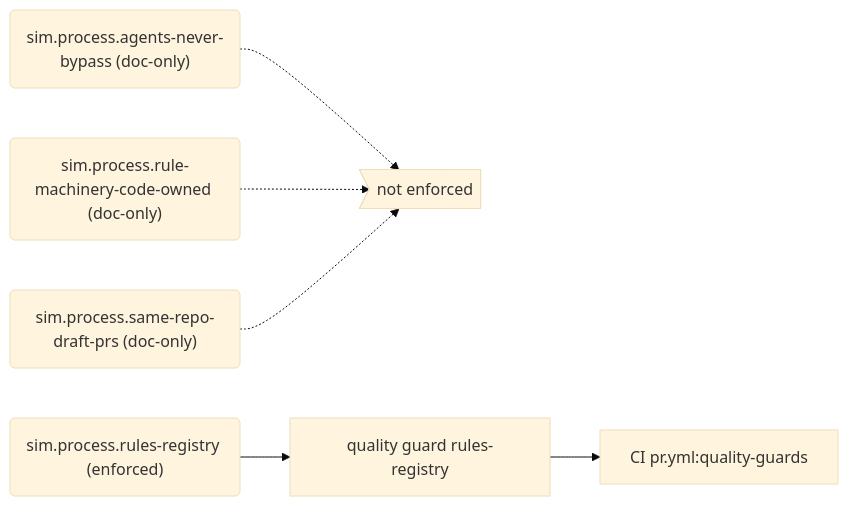
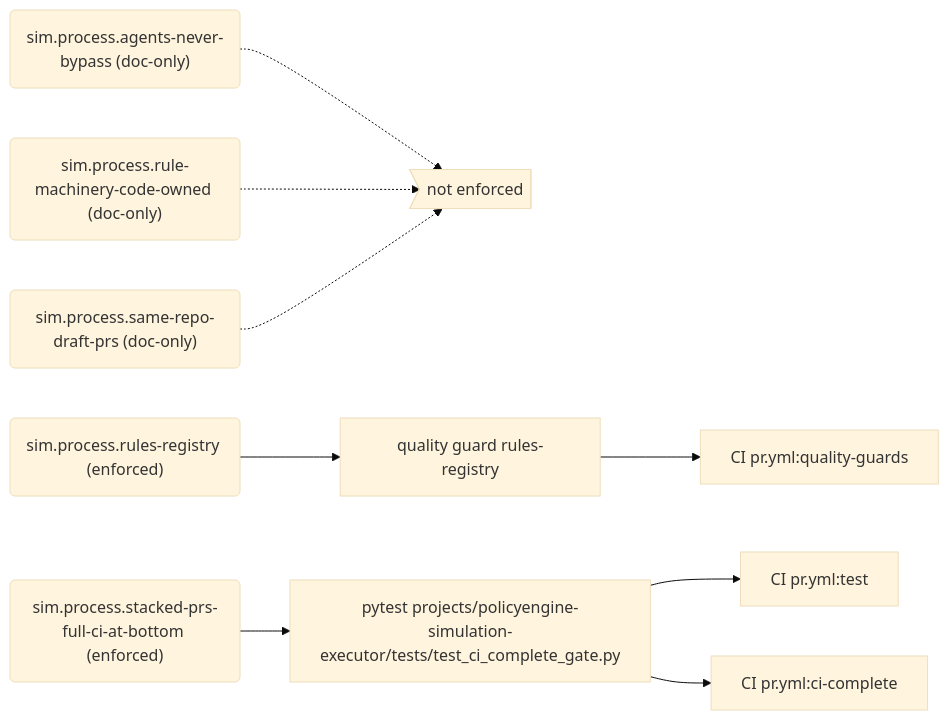
The seventh of 7 diagrams in docs/generated/rules.md (PolicyEngine/policyengine-sim-api), drawn with Mermaid (base theme) before and after one commit. The commit also changed other lines of this file and 6 other files, not shown here.

First line of the commit message:
Gate the quality guards job and register the stacked-PR CI rule

````diff
--- a/docs/generated/rules.md
+++ b/docs/generated/rules.md
@@ -271,15 +272,22 @@
 ```mermaid
 flowchart LR
   r_sim_process_agents_never_bypass("sim.process.agents-never-bypass (doc-only)")
   gap_unenforced>"not enforced"]
   r_sim_process_rule_machinery_code_owned("sim.process.rule-machinery-code-owned (doc-only)")
   r_sim_process_rules_registry("sim.process.rules-registry (enforced)")
   e_quality_guard_rules_registry["quality guard rules-registry"]
   j_CI_pr_yml_quality_guards["CI pr.yml:quality-guards"]
   r_sim_process_same_repo_draft_prs("sim.process.same-repo-draft-prs (doc-only)")
+  r_sim_process_stacked_prs_full_ci_at_bottom("sim.process.stacked-prs-full-ci-at-bottom (enforced)")
+  e_pytest_projects_policyengine_simulation_executor_tests_test_ci_complete_gate_py["pytest projects/policyengine-simulation-executor/tests/test_ci_complete_gate.py"]
+  j_CI_pr_yml_test["CI pr.yml:test"]
+  j_CI_pr_yml_ci_complete["CI pr.yml:ci-complete"]
   r_sim_process_agents_never_bypass -.-> gap_unenforced
   r_sim_process_rule_machinery_code_owned -.-> gap_unenforced
   r_sim_process_rules_registry --> e_quality_guard_rules_registry
   e_quality_guard_rules_registry --> j_CI_pr_yml_quality_guards
   r_sim_process_same_repo_draft_prs -.-> gap_unenforced
+  r_sim_process_stacked_prs_full_ci_at_bottom --> e_pytest_projects_policyengine_simulation_executor_tests_test_ci_complete_gate_py
+  e_pytest_projects_policyengine_simulation_executor_tests_test_ci_complete_gate_py --> j_CI_pr_yml_test
+  e_pytest_projects_policyengine_simulation_executor_tests_test_ci_complete_gate_py --> j_CI_pr_yml_ci_complete
 ```
````
